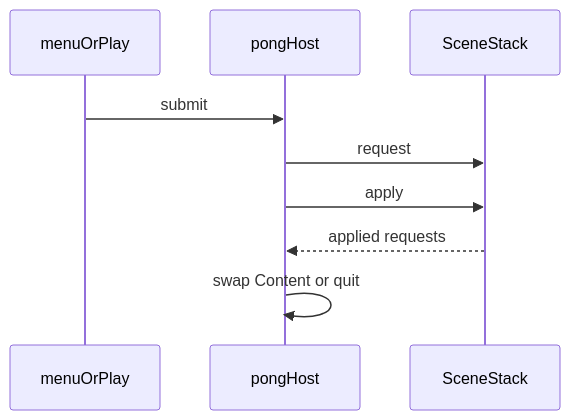
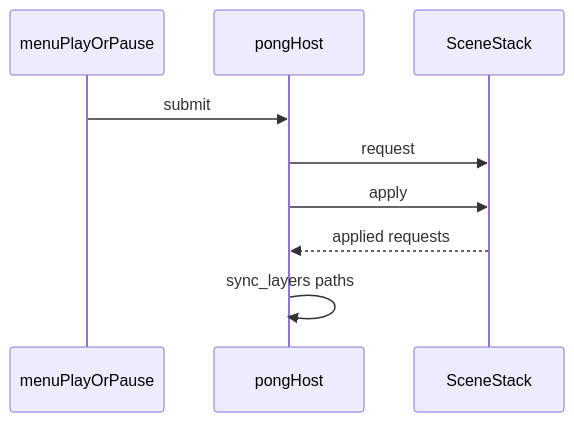
Before and after one commit to kblaszki/godot-game: the second of 2 diagrams in games/pong/docs/explanation/flow.md, drawn with Mermaid. The commit also changed other lines of this file and 11 other files, not shown here.

````diff
--- a/games/pong/docs/explanation/flow.md
+++ b/games/pong/docs/explanation/flow.md
@@ -41,11 +50,11 @@
 ```mermaid
 sequenceDiagram
-  participant Child as menuOrPlay
+  participant Child as menuPlayOrPause
   participant Host as pongHost
   participant Stack as SceneStack
   Child->>Host: submit
   Host->>Stack: request
   Host->>Stack: apply
   Stack-->>Host: applied requests
-  Host->>Host: swap Content or quit
+  Host->>Host: sync_layers paths
 ```
````
